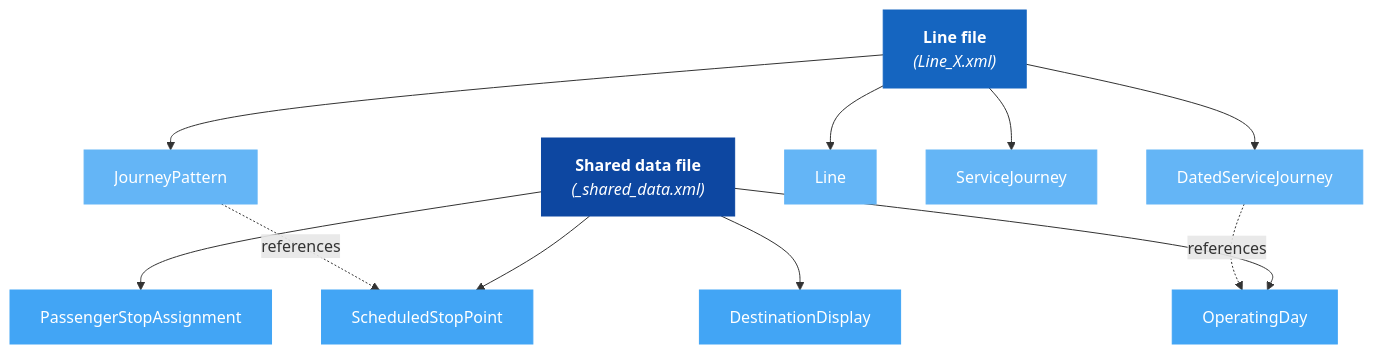
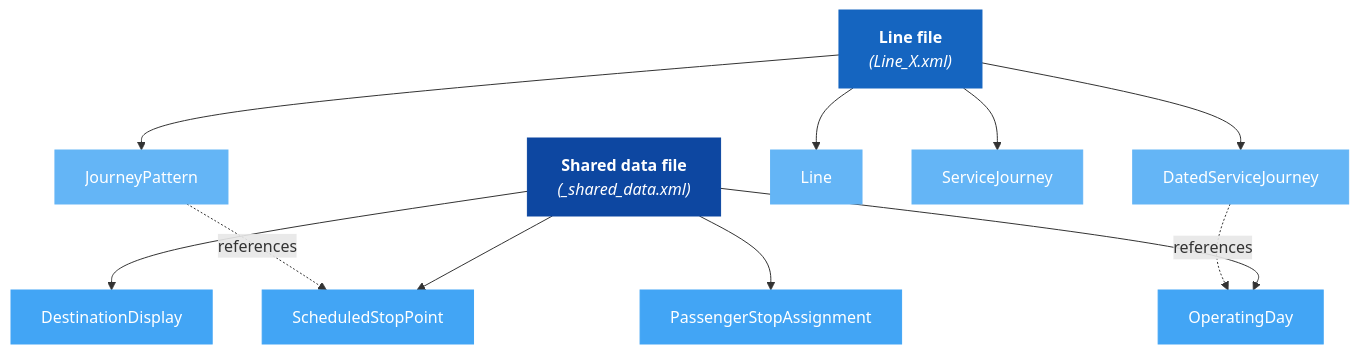
One commit to hfjelstad/NeTEx-Nordic changed the fifth of 5 diagrams in Guides/HowToBuildATimetable/HowToBuildATimetable_Guide.md. Above: the diagram before and after it, drawn with Mermaid. The commit also changed other lines of this file and 1 other file, not shown here.

Commit message:
Fix mandatory_refs unpacking (5 values) and tweak diagram node order

````diff
--- a/Guides/HowToBuildATimetable/HowToBuildATimetable_Guide.md
+++ b/Guides/HowToBuildATimetable/HowToBuildATimetable_Guide.md
@@ -328,29 +328,29 @@
 ```mermaid
 flowchart TD
     LINE["<b>Line file</b><br/><i>(Line_X.xml)</i>"]
     SHARED["<b>Shared data file</b><br/><i>(_shared_data.xml)</i>"]
 
     LINE --> JP["JourneyPattern"]
     LINE --> LN["Line"]
     LINE --> SJ["ServiceJourney"]
     LINE --> DSJ["DatedServiceJourney"]
 
     SHARED --> SSP["ScheduledStopPoint"]
+    SHARED --> DD["DestinationDisplay"]
     SHARED --> PSA["PassengerStopAssignment"]
-    SHARED --> DD["DestinationDisplay"]
     SHARED --> OD["OperatingDay"]
 
     JP -.->|"references"| SSP
     DSJ -.->|"references"| OD
 
     style SHARED fill:#0D47A1,stroke:#0D47A1,color:#fff
     style LINE fill:#1565C0,stroke:#1565C0,color:#fff
     style SSP fill:#42A5F5,stroke:#42A5F5,color:#fff
     style PSA fill:#42A5F5,stroke:#42A5F5,color:#fff
     style DD fill:#42A5F5,stroke:#42A5F5,color:#fff
     style OD fill:#42A5F5,stroke:#42A5F5,color:#fff
     style LN fill:#64B5F6,stroke:#64B5F6,color:#fff
     style JP fill:#64B5F6,stroke:#64B5F6,color:#fff
     style SJ fill:#64B5F6,stroke:#64B5F6,color:#fff
     style DSJ fill:#64B5F6,stroke:#64B5F6,color:#fff
 ```
````
